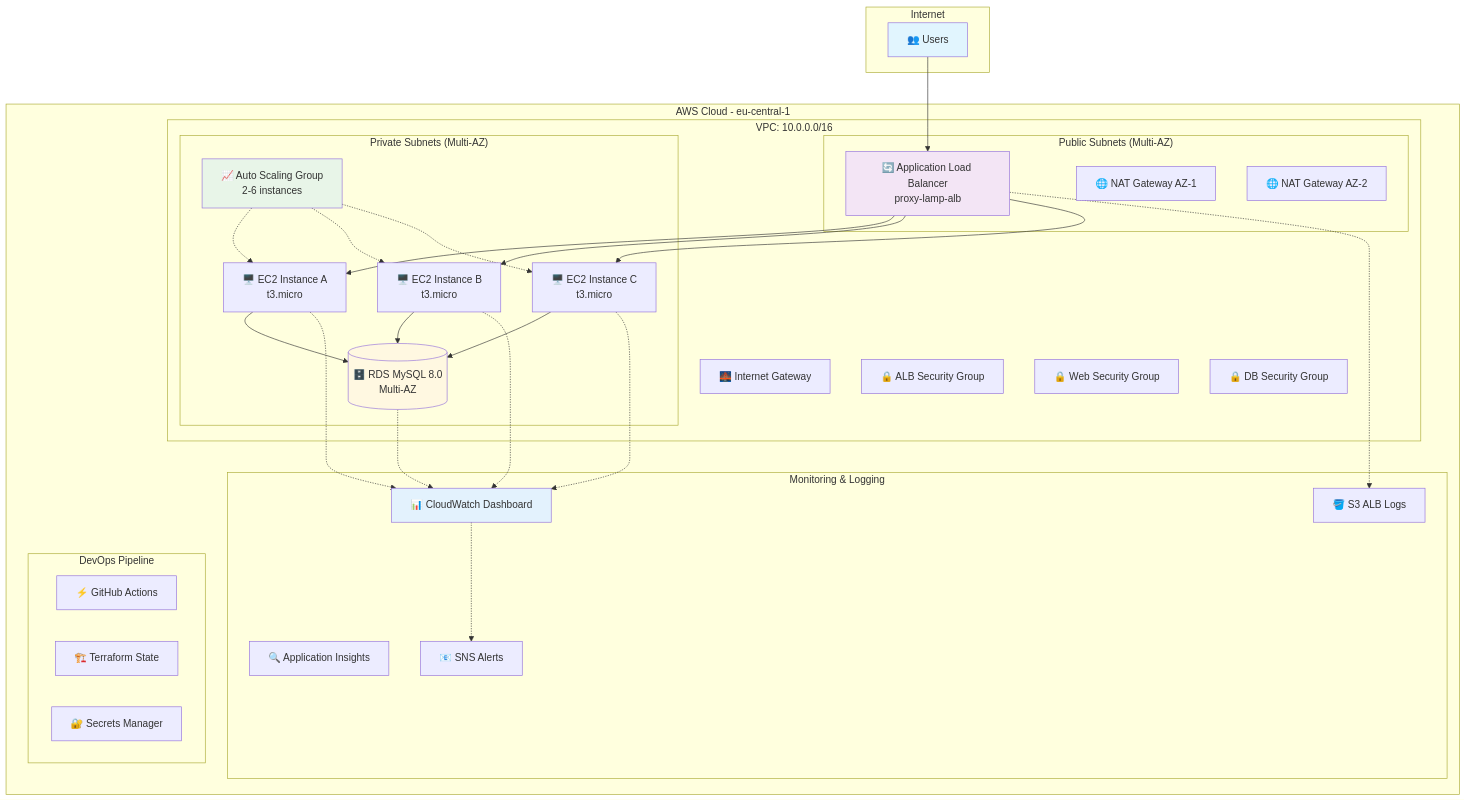
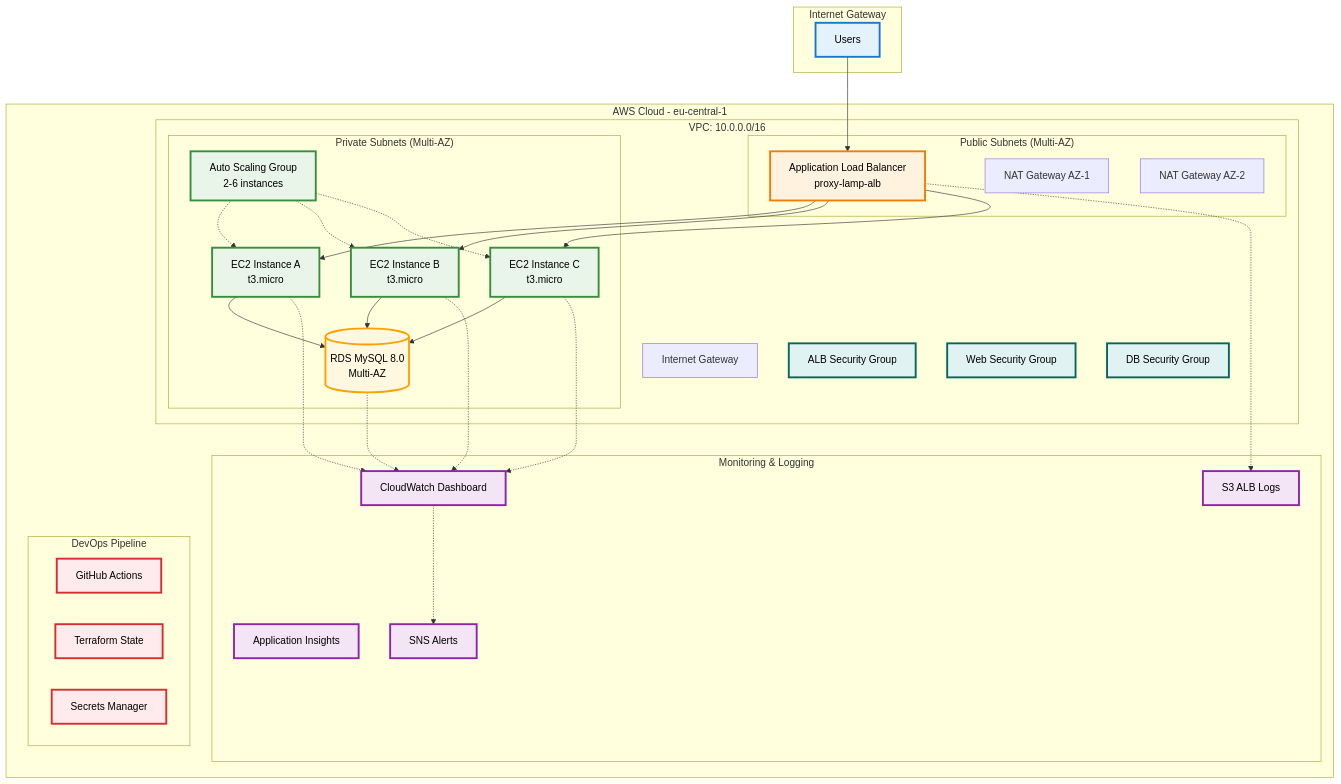
Before and after one commit to mangucletus/proxy-lamp-stack-application: the first of 7 diagrams in README.md, drawn with Mermaid. The commit also changed other lines of this file and 1 other file, not shown here.

````diff
--- a/README.md
+++ b/README.md
@@ -64,67 +64,77 @@
 ```mermaid
 graph TB
-    subgraph "Internet"
-        Users[👥 Users]
+    subgraph "Internet Gateway"
+        Users[Users]
     end
     
     subgraph "AWS Cloud - eu-central-1"
         subgraph "VPC: 10.0.0.0/16"
             subgraph "Public Subnets (Multi-AZ)"
-                ALB[🔄 Application Load Balancer<br/>proxy-lamp-alb]
-                NAT1[🌐 NAT Gateway AZ-1]
-                NAT2[🌐 NAT Gateway AZ-2]
+                ALB[Application Load Balancer<br/>proxy-lamp-alb]
+                NAT1[NAT Gateway AZ-1]
+                NAT2[NAT Gateway AZ-2]
             end
             
             subgraph "Private Subnets (Multi-AZ)"
-                ASG[📈 Auto Scaling Group<br/>2-6 instances]
-                EC2A[🖥️ EC2 Instance A<br/>t3.micro]
-                EC2B[🖥️ EC2 Instance B<br/>t3.micro]
-                EC2C[🖥️ EC2 Instance C<br/>t3.micro]
+                ASG[Auto Scaling Group<br/>2-6 instances]
+                EC2A[EC2 Instance A<br/>t3.micro]
+                EC2B[EC2 Instance B<br/>t3.micro]
+                EC2C[EC2 Instance C<br/>t3.micro]
                 
-                RDS[(🗄️ RDS MySQL 8.0<br/>Multi-AZ)]
+                RDS[(RDS MySQL 8.0<br/>Multi-AZ)]
             end
             
-            IGW[🌉 Internet Gateway]
-            SG1[🔒 ALB Security Group]
-            SG2[🔒 Web Security Group]
-            SG3[🔒 DB Security Group]
+            IGW[Internet Gateway]
+            SG1[ALB Security Group]
+            SG2[Web Security Group]
+            SG3[DB Security Group]
         end
         
         subgraph "Monitoring & Logging"
-            CW[📊 CloudWatch Dashboard]
-            AI[🔍 Application Insights]
-            SNS[📧 SNS Alerts]
-            S3[🪣 S3 ALB Logs]
+            CW[CloudWatch Dashboard]
+            AI[Application Insights]
+            SNS[SNS Alerts]
+            S3[S3 ALB Logs]
         end
         
         subgraph "DevOps Pipeline"
-            GHA[⚡ GitHub Actions]
-            TF[🏗️ Terraform State]
-            SM[🔐 Secrets Manager]
+            GHA[GitHub Actions]
+            TF[Terraform State]
+            SM[Secrets Manager]
         end
     end
 
     Users --> ALB
     ALB --> EC2A
     ALB --> EC2B
     ALB --> EC2C
     ASG -.-> EC2A
     ASG -.-> EC2B
     ASG -.-> EC2C
     EC2A --> RDS
     EC2B --> RDS
     EC2C --> RDS
     
     ALB -.-> S3
     EC2A -.-> CW
     EC2B -.-> CW
     EC2C -.-> CW
     RDS -.-> CW
     CW -.-> SNS
     
-    style Users fill:#e1f5fe
-    style ALB fill:#f3e5f5
-    style ASG fill:#e8f5e8
-    style RDS fill:#fff8e1
-    style CW fill:#e3f2fd
+    classDef userClass fill:#e3f2fd,stroke:#1976d2,stroke-width:3px,color:#000
+    classDef albClass fill:#fff3e0,stroke:#f57c00,stroke-width:3px,color:#000
+    classDef asgClass fill:#e8f5e8,stroke:#388e3c,stroke-width:3px,color:#000
+    classDef rdsClass fill:#fff8e1,stroke:#ffa000,stroke-width:3px,color:#000
+    classDef monitorClass fill:#f3e5f5,stroke:#8e24aa,stroke-width:3px,color:#000
+    classDef pipelineClass fill:#ffebee,stroke:#d32f2f,stroke-width:3px,color:#000
+    classDef securityClass fill:#e0f2f1,stroke:#00695c,stroke-width:3px,color:#000
+    
+    class Users userClass
+    class ALB albClass
+    class ASG,EC2A,EC2B,EC2C asgClass
+    class RDS rdsClass
+    class CW,AI,SNS,S3 monitorClass
+    class GHA,TF,SM pipelineClass
+    class SG1,SG2,SG3 securityClass
 ```
````
